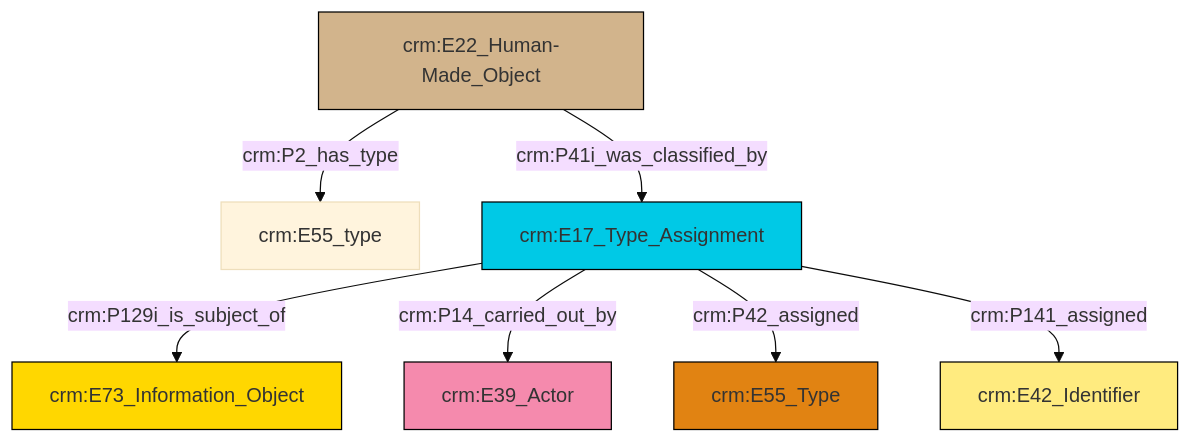
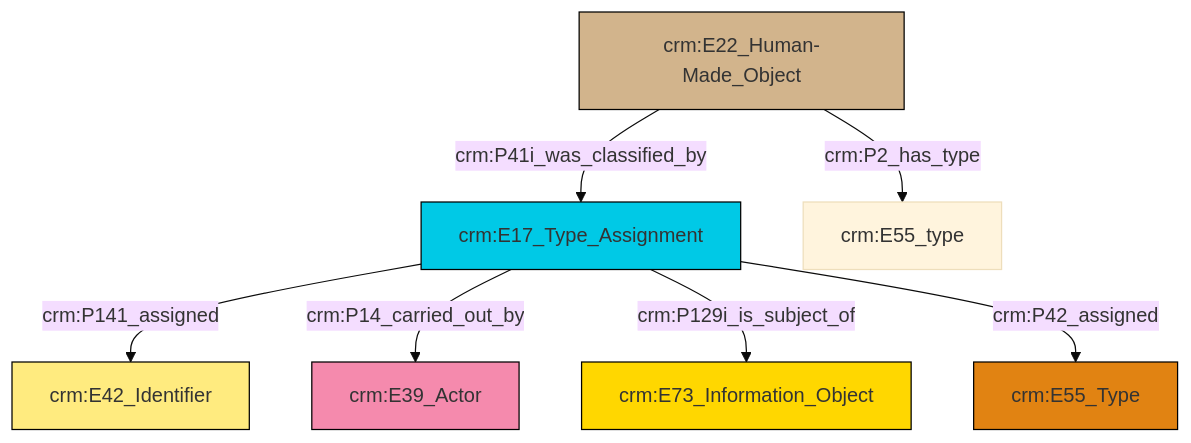
One commit to swiss-art-research-net/reference-data-models changed the diagram in et/builtWorkCSV/ttl/mmd/Built_Work_designation_status.ttl.mmd. Above: the diagram before and after it, drawn with Mermaid (base theme). The commit also changed 123 other files, not shown here.

```diff
--- a/et/builtWorkCSV/ttl/mmd/Built_Work_designation_status.ttl.mmd
+++ b/et/builtWorkCSV/ttl/mmd/Built_Work_designation_status.ttl.mmd
@@ -1,21 +1,21 @@
 graph TD
 classDef Literal fill:#f2f2f2,stroke:#000000;
 classDef CRM_Entity fill:#FFFFFF,stroke:#000000;
 classDef Temporal_Entity fill:#00C9E6, stroke:#000000;
 classDef Type fill:#E18312, stroke:#000000;
 classDef Time-Span fill:#2C9C91, stroke:#000000;
 classDef Appellation fill:#FFEB7F, stroke:#000000;
 classDef Place fill:#008836, stroke:#000000;
 classDef Persistent_Item fill:#B266B2, stroke:#000000;
 classDef Conceptual_Object fill:#FFD700, stroke:#000000;
 classDef Physical_Thing fill:#D2B48C, stroke:#000000;
 classDef Actor fill:#f58aad, stroke:#000000;
 classDef PC_Classes fill:#4ce600, stroke:#000000;
 classDef Multi fill:#cccccc,stroke:#000000;
 
-8["crm:E22_Human-Made_Object"]:::Physical_Thing -->|crm:P41i_was_classified_by| 9["crm:E17_Type_Assignment"]:::Temporal_Entity
-8["crm:E22_Human-Made_Object"]:::Physical_Thing -->|crm:P2_has_type| 2["crm:E55_type"]:::Default
-9["crm:E17_Type_Assignment"]:::Temporal_Entity -->|crm:P129i_is_subject_of| 10["crm:E73_Information_Object"]:::Conceptual_Object
-9["crm:E17_Type_Assignment"]:::Temporal_Entity -->|crm:P14_carried_out_by| 0["crm:E39_Actor"]:::Actor
-9["crm:E17_Type_Assignment"]:::Temporal_Entity -->|crm:P42_assigned| 4["crm:E55_Type"]:::Type
-9["crm:E17_Type_Assignment"]:::Temporal_Entity -->|crm:P141_assigned| 6["crm:E42_Identifier"]:::Appellation
+2["crm:E17_Type_Assignment"]:::Temporal_Entity -->|crm:P141_assigned| 3["crm:E42_Identifier"]:::Appellation
+2["crm:E17_Type_Assignment"]:::Temporal_Entity -->|crm:P14_carried_out_by| 4["crm:E39_Actor"]:::Actor
+2["crm:E17_Type_Assignment"]:::Temporal_Entity -->|crm:P129i_is_subject_of| 5["crm:E73_Information_Object"]:::Conceptual_Object
+10["crm:E22_Human-Made_Object"]:::Physical_Thing -->|crm:P41i_was_classified_by| 2["crm:E17_Type_Assignment"]:::Temporal_Entity
+10["crm:E22_Human-Made_Object"]:::Physical_Thing -->|crm:P2_has_type| 6["crm:E55_type"]:::Default
+2["crm:E17_Type_Assignment"]:::Temporal_Entity -->|crm:P42_assigned| 0["crm:E55_Type"]:::Type
```
